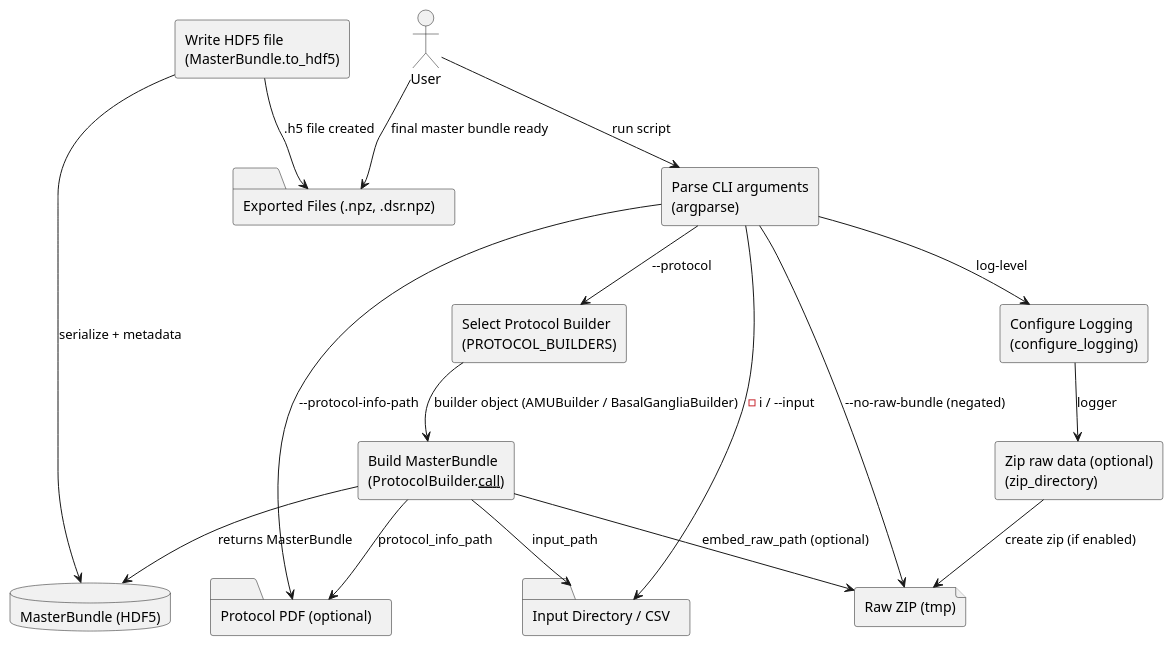
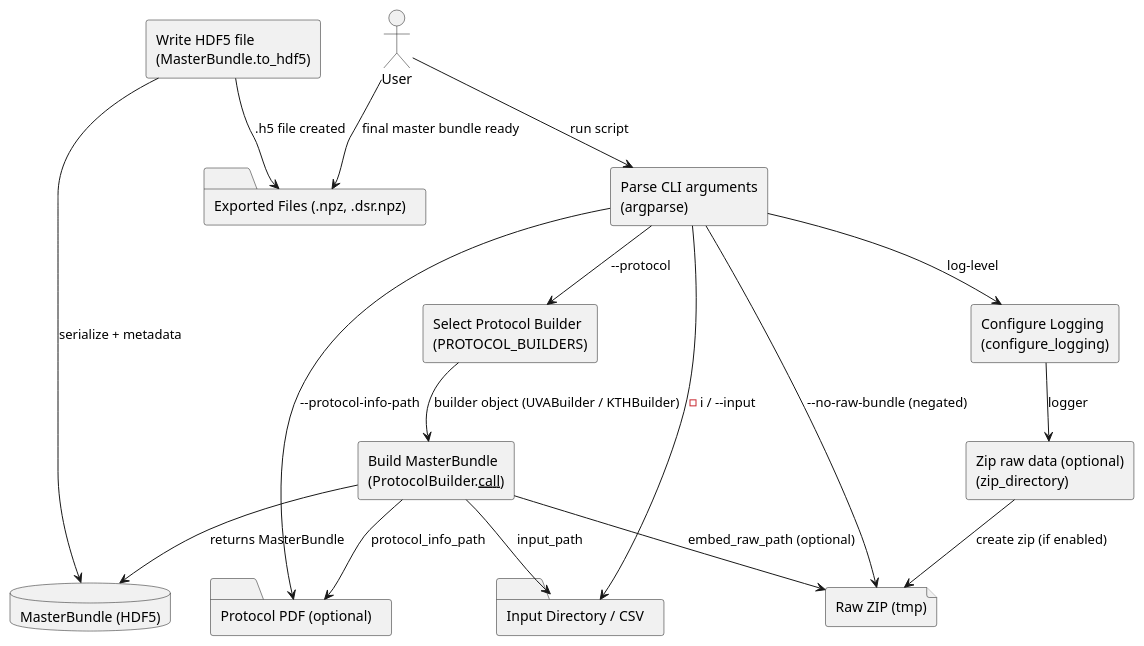
Before and after one commit to virtual-brain-twins/vbt-converter: the diagram in docs/dfd_level_1.puml, drawn with PlantUML. The commit also changed 31 other files, not shown here.

```diff
--- a/docs/dfd_level_1.puml
+++ b/docs/dfd_level_1.puml
@@ -1,41 +1,41 @@
 @startuml dfd_level_1
 ' ==== Actors ====
 actor User
 
 ' ==== Data Stores ====
 folder "Input Directory / CSV" as IN_DIR
 folder "Protocol PDF (optional)" as PROTO_PDF
 file "Raw ZIP (tmp)" as RAW_ZIP
 database "MasterBundle (HDF5)" as H5_BUNDLE
 folder "Exported Files (.npz, .dsr.npz)" as OUT_FILES
 
 ' ==== Processes (inside convert_any_to_hdf5) ====
 rectangle "Parse CLI arguments\n(argparse)" as PARSE_ARGS
 rectangle "Configure Logging\n(configure_logging)" as LOG_CFG
 rectangle "Zip raw data (optional)\n(zip_directory)" as ZIP_RAW
 rectangle "Select Protocol Builder\n(PROTOCOL_BUILDERS)" as SELECT_BUILDER
 rectangle "Build MasterBundle\n(ProtocolBuilder.__call__)" as BUILD_BUNDLE
 rectangle "Write HDF5 file\n(MasterBundle.to_hdf5)" as WRITE_H5
 
 ' ==== Data Flows ====
 User --> PARSE_ARGS : run script
 PARSE_ARGS --> LOG_CFG : log‑level
 PARSE_ARGS --> IN_DIR : -i / --input
 PARSE_ARGS --> PROTO_PDF : --protocol‑info‑path
 PARSE_ARGS --> RAW_ZIP : --no‑raw‑bundle (negated)
 PARSE_ARGS --> SELECT_BUILDER : --protocol
 
 LOG_CFG --> ZIP_RAW : logger
 ZIP_RAW --> RAW_ZIP : create zip (if enabled)
 
-SELECT_BUILDER --> BUILD_BUNDLE : builder object (AMUBuilder / BasalGangliaBuilder)
+SELECT_BUILDER --> BUILD_BUNDLE : builder object (UVABuilder / KTHBuilder)
 BUILD_BUNDLE --> IN_DIR : input_path
 BUILD_BUNDLE --> RAW_ZIP : embed_raw_path (optional)
 BUILD_BUNDLE --> PROTO_PDF : protocol_info_path
 BUILD_BUNDLE --> H5_BUNDLE : returns MasterBundle
 
 WRITE_H5 --> H5_BUNDLE : serialize + metadata
 WRITE_H5 --> OUT_FILES : .h5 file created
 
 User --> OUT_FILES : final master bundle ready
 @enduml
```
